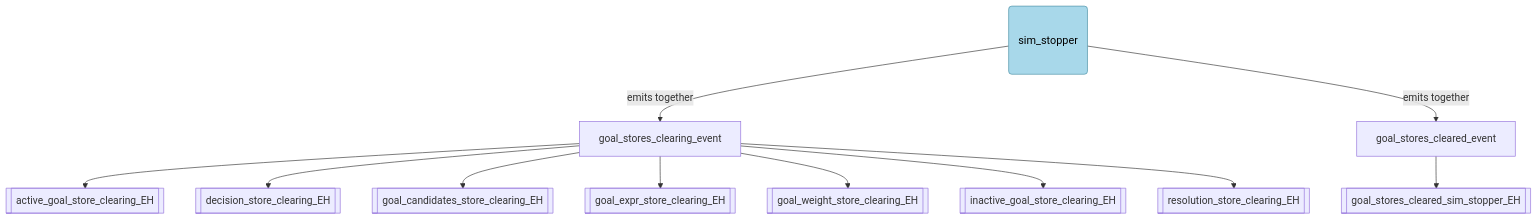
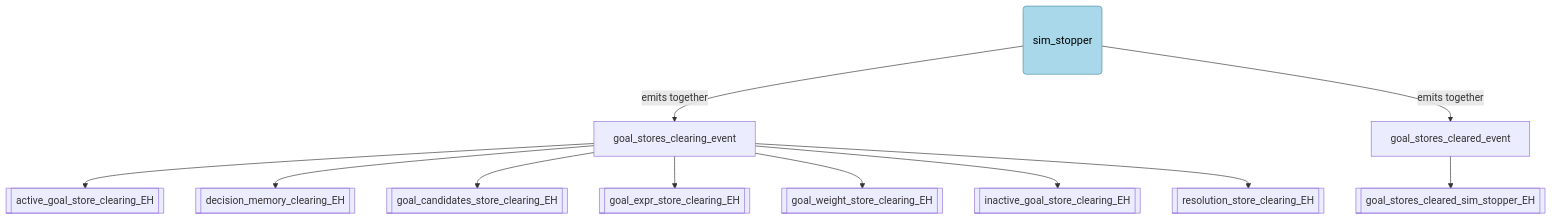
The eighth of 8 diagrams in docs/event_graph.md (team-affix/atlas), drawn with Mermaid before and after one commit. The commit also changed other lines of this file and 59 other files, not shown here.

````diff
--- a/docs/event_graph.md
+++ b/docs/event_graph.md
@@ -250,27 +250,27 @@
 ```mermaid
 flowchart TD
   ent_sim_stopper(sim_stopper)
   e_gscl[goal_stores_clearing_event]
   e_gscleared[goal_stores_cleared_event]
   h1[[active_goal_store_clearing_EH]]
-  h2[[decision_store_clearing_EH]]
+  h2[[decision_memory_clearing_EH]]
   h3[[goal_candidates_store_clearing_EH]]
   h4[[goal_expr_store_clearing_EH]]
   h5[[goal_weight_store_clearing_EH]]
   h6[[inactive_goal_store_clearing_EH]]
   h7[[resolution_store_clearing_EH]]
   h8[[goal_stores_cleared_sim_stopper_EH]]
 
   ent_sim_stopper -->|emits together| e_gscl
   ent_sim_stopper -->|emits together| e_gscleared
   e_gscl --> h1
   e_gscl --> h2
   e_gscl --> h3
   e_gscl --> h4
   e_gscl --> h5
   e_gscl --> h6
   e_gscl --> h7
   e_gscleared --> h8
   classDef entity fill:#a8d8ea,stroke:#4a90a4,color:#000,font-size:17px,padding:12px
   class ent_sim_stopper entity
 ```
````
